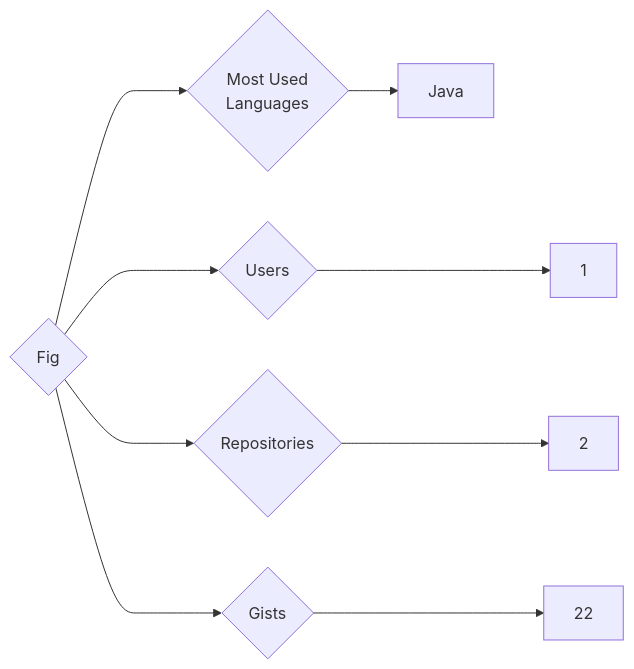
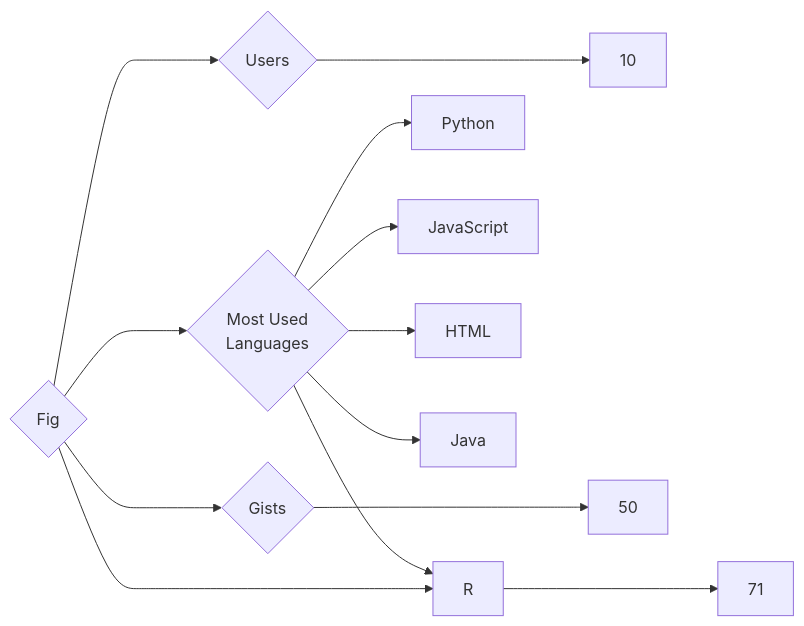
One commit to trickest/insiders changed the diagram in targets/Fig/README.md. Above: the diagram before and after it, drawn with Mermaid. The commit also changed 847 other files, not shown here.

````diff
--- a/targets/Fig/README.md
+++ b/targets/Fig/README.md
@@ -3,9 +3,13 @@
 ```mermaid
 graph LR
 COMPANY_NAME{Fig}
-COMPANY_NAME ---> U{Users} ---> UN[1]
-COMPANY_NAME ---> R{Repositories} ---> RN[2]
-COMPANY_NAME ---> G{Gists} ---> GN[22]
+COMPANY_NAME ---> U{Users} ---> UN[10]
+COMPANY_NAME ---> R{Repositories} ---> RN[71]
+COMPANY_NAME ---> G{Gists} ---> GN[50]
 COMPANY_NAME ---> ML{Most Used<br>Languages}
+ML --> Python[Python]
+ML --> JavaScript[JavaScript]
+ML --> HTML[HTML]
 ML --> Java[Java]
+ML --> R[R]
 ```
````
